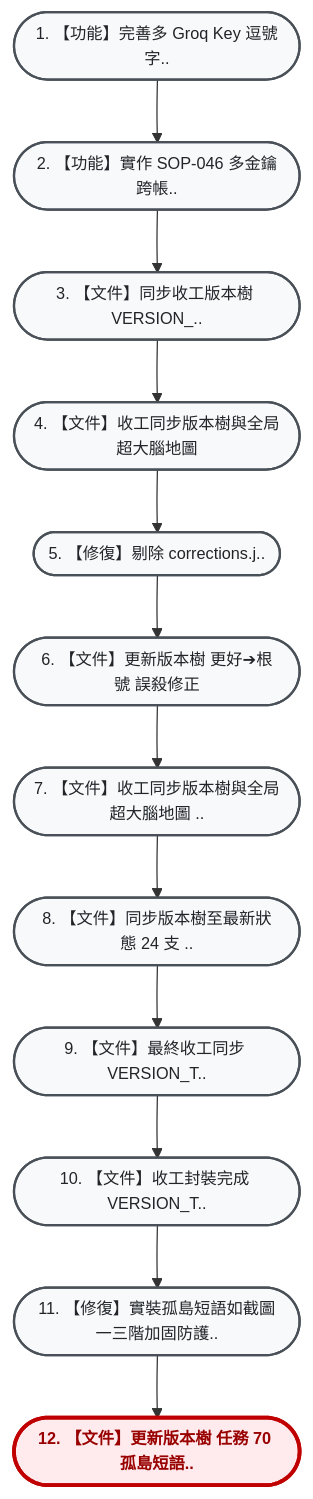
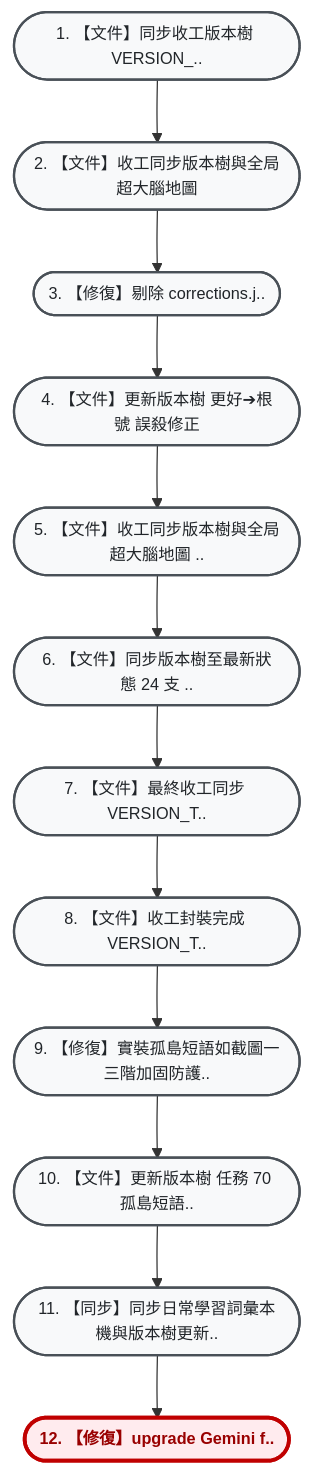
The diagram in VERSION_TREE.md (hjen8/NoType-Scribe), drawn with Mermaid before and after one commit. The commit also changed other lines of this file, not shown here.

Commit message:
docs: sync VERSION_TREE for Task 72

````diff
--- a/VERSION_TREE.md
+++ b/VERSION_TREE.md
@@ -13,32 +13,32 @@
 ```mermaid
 flowchart TD
     %% 雙壁版本樹專用視覺化配色風格 (由上而下 TD 垂直大字純中文版)
     classDef default fill:#f8f9fa,stroke:#495057,stroke-width:1.8px,color:#212529,font-size:13px;
     classDef current fill:#ffebee,stroke:#c00000,stroke-width:3px,color:#900,font-weight:bold,font-size:13px;
     classDef mergeNode fill:#e3f2fd,stroke:#1565c0,stroke-width:2px,color:#0d47a1,font-size:13px;
     classDef detour fill:#fff3e0,stroke:#e65100,stroke-width:2px,color:#b78103,font-size:13px;
     classDef transplant fill:#f3e5f5,stroke:#4a148c,stroke-width:2.5px,color:#4a148c,font-weight:bold,font-size:13px;
-    n_4cc62de(["1. 【功能】完善多 Groq Key 逗號字.."]):::default
-    n_7373595(["2. 【功能】實作 SOP-046 多金鑰跨帳.."]):::default
-    n_c38586c(["3. 【文件】同步收工版本樹 VERSION_.."]):::default
-    n_bc83599(["4. 【文件】收工同步版本樹與全局超大腦地圖"]):::default
-    n_209af02(["5. 【修復】剔除 corrections.j.."]):::default
-    n_dc9d613(["6. 【文件】更新版本樹 更好➔根號 誤殺修正"]):::default
-    n_297e9ec(["7. 【文件】收工同步版本樹與全局超大腦地圖 .."]):::default
-    n_a3811e6(["8. 【文件】同步版本樹至最新狀態 24 支 .."]):::default
-    n_2516eea(["9. 【文件】最終收工同步 VERSION_T.."]):::default
-    n_af77786(["10. 【文件】收工封裝完成 VERSION_T.."]):::default
-    n_e918eec(["11. 【修復】實裝孤島短語如截圖一三階加固防護.."]):::default
-    n_7475ca1(["12. 【文件】更新版本樹 任務 70 孤島短語.."]):::current
-    n_4cc62de --> n_7373595
-    n_7373595 --> n_c38586c
+    n_c38586c(["1. 【文件】同步收工版本樹 VERSION_.."]):::default
+    n_bc83599(["2. 【文件】收工同步版本樹與全局超大腦地圖"]):::default
+    n_209af02(["3. 【修復】剔除 corrections.j.."]):::default
+    n_dc9d613(["4. 【文件】更新版本樹 更好➔根號 誤殺修正"]):::default
+    n_297e9ec(["5. 【文件】收工同步版本樹與全局超大腦地圖 .."]):::default
+    n_a3811e6(["6. 【文件】同步版本樹至最新狀態 24 支 .."]):::default
+    n_2516eea(["7. 【文件】最終收工同步 VERSION_T.."]):::default
+    n_af77786(["8. 【文件】收工封裝完成 VERSION_T.."]):::default
+    n_e918eec(["9. 【修復】實裝孤島短語如截圖一三階加固防護.."]):::default
+    n_7475ca1(["10. 【文件】更新版本樹 任務 70 孤島短語.."]):::default
+    n_0264f25(["11. 【同步】同步日常學習詞彙本機與版本樹更新.."]):::default
+    n_785a7bb(["12. 【修復】upgrade Gemini f.."]):::current
     n_c38586c --> n_bc83599
     n_bc83599 --> n_209af02
     n_209af02 --> n_dc9d613
     n_dc9d613 --> n_297e9ec
     n_297e9ec --> n_a3811e6
     n_a3811e6 --> n_2516eea
     n_2516eea --> n_af77786
     n_af77786 --> n_e918eec
     n_e918eec --> n_7475ca1
+    n_7475ca1 --> n_0264f25
+    n_0264f25 --> n_785a7bb
 ```
````
